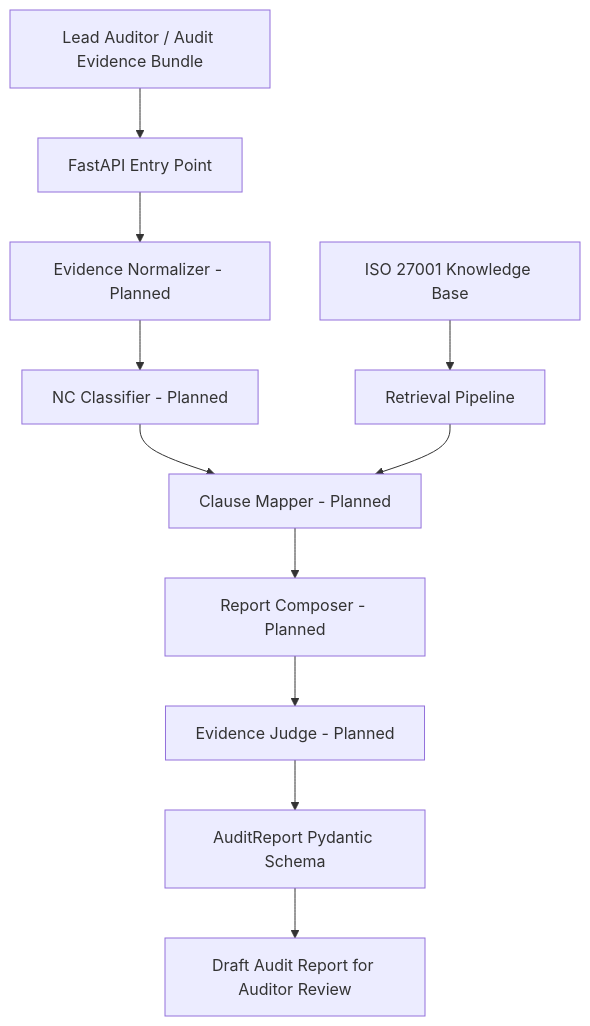
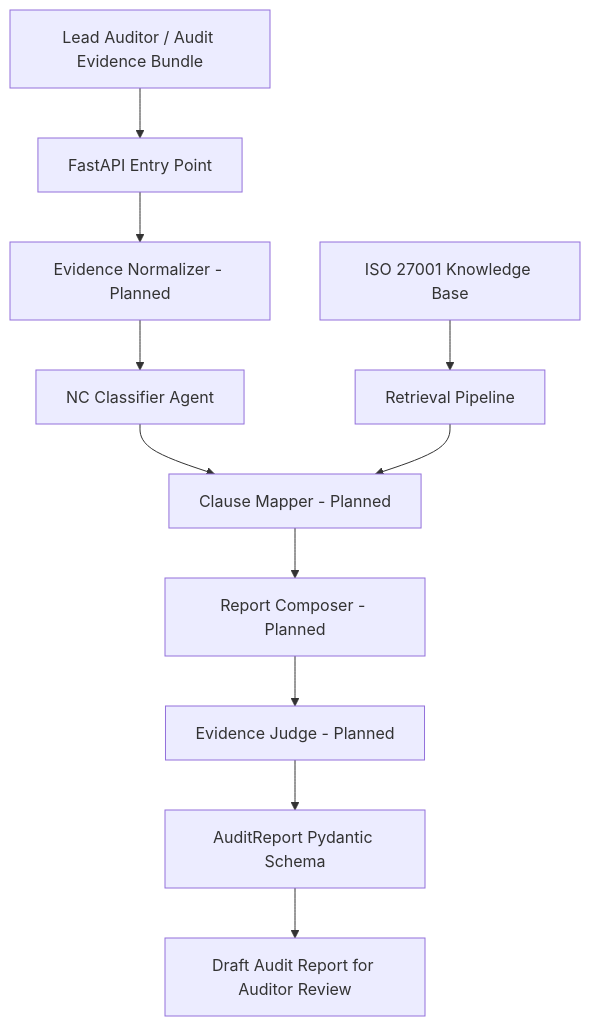
The diagram in README.md (Folkkkks/ISOAuditReportGenerator), drawn with Mermaid before and after one commit. The commit also changed other lines of this file and 7 other files, not shown here.

Commit message:
Add Gemini NC classifier agent

````diff
--- a/README.md
+++ b/README.md
@@ -78,18 +78,18 @@
 ```mermaid
 flowchart TD
     A[Lead Auditor / Audit Evidence Bundle]
     A --> B[FastAPI Entry Point]
 
     B --> C[Evidence Normalizer - Planned]
-    C --> D[NC Classifier - Planned]
+    C --> D[NC Classifier Agent]
     D --> E[Clause Mapper - Planned]
 
     K[ISO 27001 Knowledge Base]
     K --> R[Retrieval Pipeline]
     R --> E
 
     E --> F[Report Composer - Planned]
     F --> G[Evidence Judge - Planned]
     G --> H[AuditReport Pydantic Schema]
     H --> I[Draft Audit Report for Auditor Review]
 ```
````
